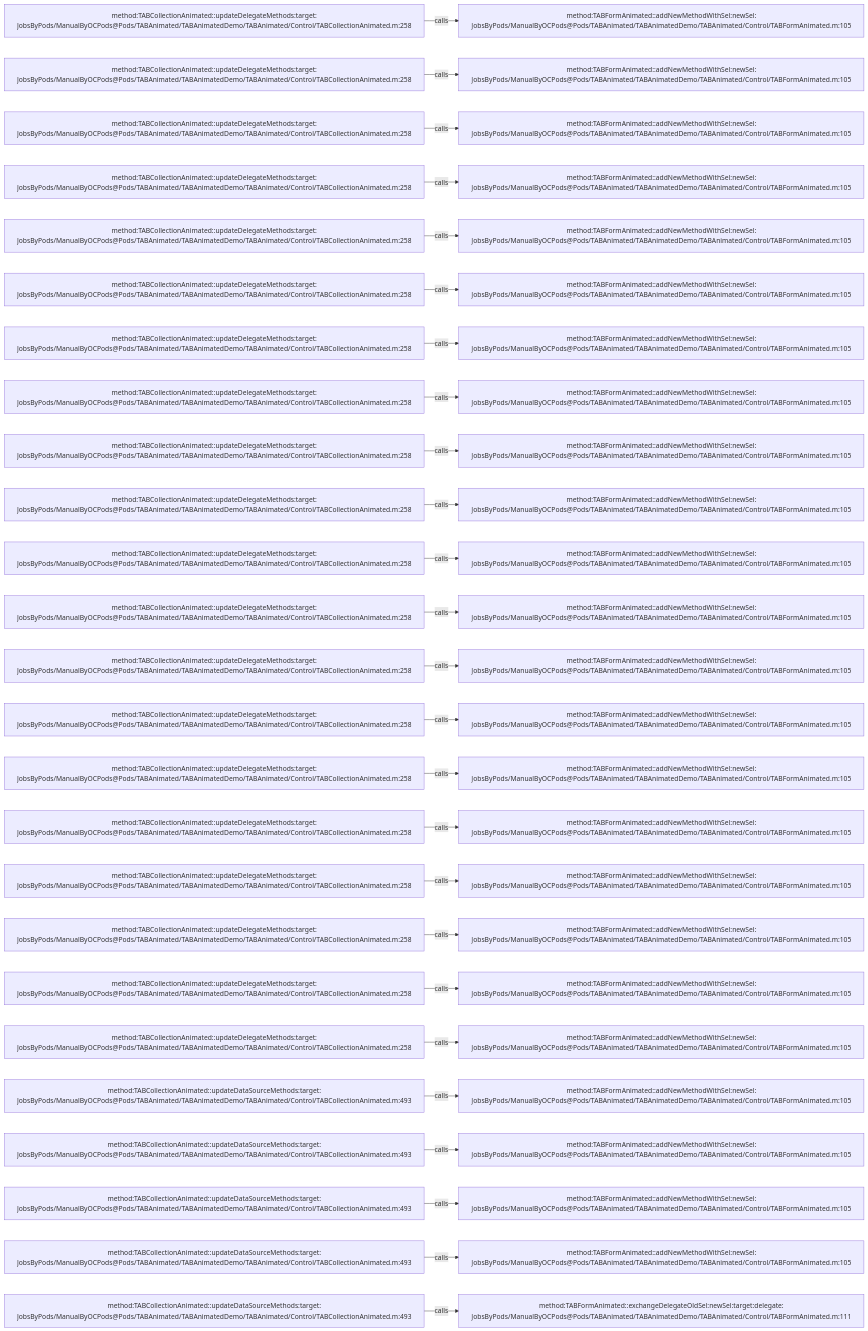
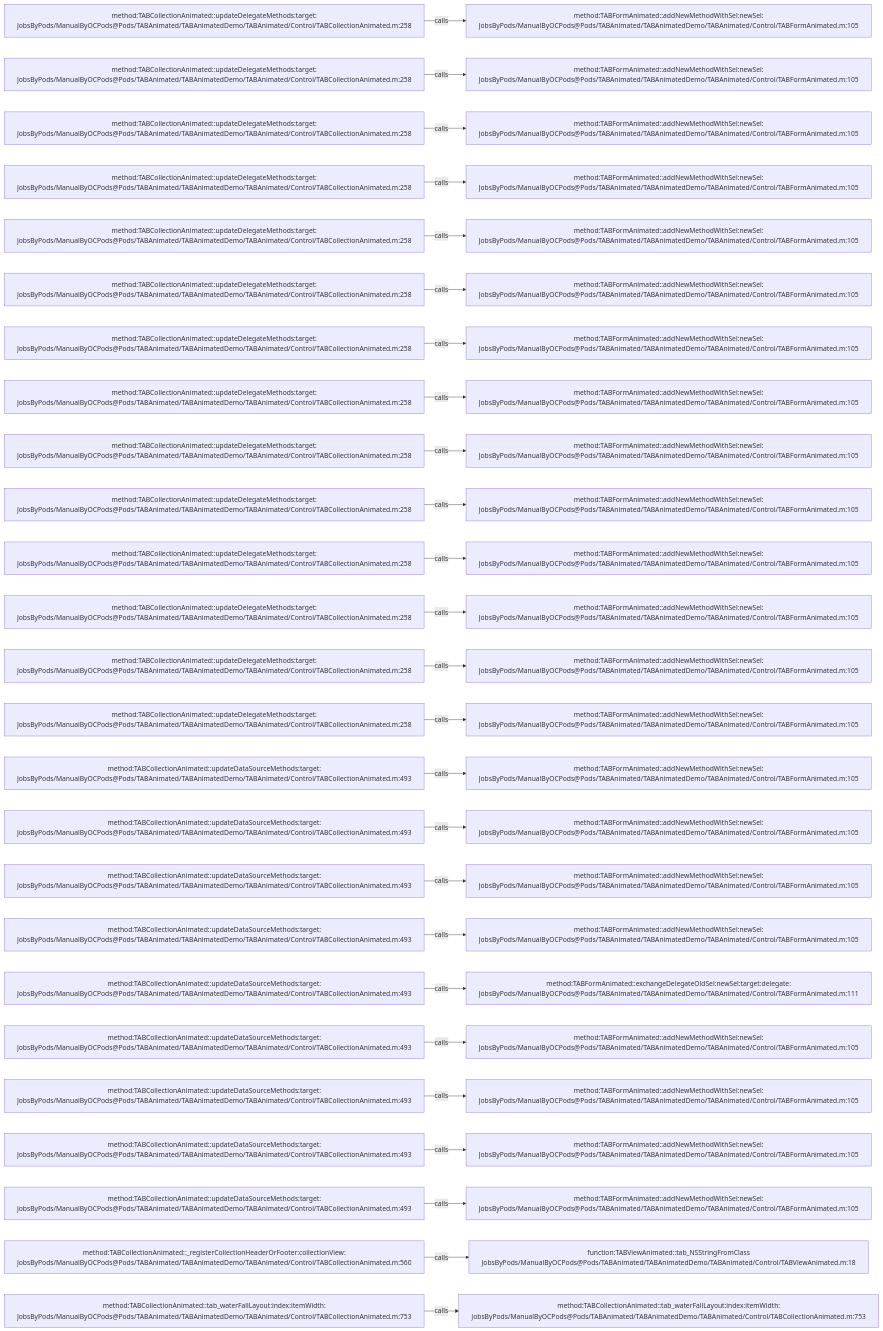
The diagram in .codegraph/codegraph.md/graphs/calls-015.md (JobsKits/JobsOCBaseConfigDemo), drawn with Mermaid before and after one commit. The commit also changed 666 other files, not shown here.

````diff
--- a/.codegraph/codegraph.md/graphs/calls-015.md
+++ b/.codegraph/codegraph.md/graphs/calls-015.md
@@ -13,78 +13,78 @@
 ```mermaid
 flowchart LR
   S1["method:TABCollectionAnimated::updateDelegateMethods:target:<br/>JobsByPods/ManualByOCPods@Pods/TABAnimated/TABAnimatedDemo/TABAnimated/Control/TABCollectionAnimated.m:258"]
   T1["method:TABFormAnimated::addNewMethodWithSel:newSel:<br/>JobsByPods/ManualByOCPods@Pods/TABAnimated/TABAnimatedDemo/TABAnimated/Control/TABFormAnimated.m:105"]
   S1 -->|calls| T1
   S2["method:TABCollectionAnimated::updateDelegateMethods:target:<br/>JobsByPods/ManualByOCPods@Pods/TABAnimated/TABAnimatedDemo/TABAnimated/Control/TABCollectionAnimated.m:258"]
   T2["method:TABFormAnimated::addNewMethodWithSel:newSel:<br/>JobsByPods/ManualByOCPods@Pods/TABAnimated/TABAnimatedDemo/TABAnimated/Control/TABFormAnimated.m:105"]
   S2 -->|calls| T2
   S3["method:TABCollectionAnimated::updateDelegateMethods:target:<br/>JobsByPods/ManualByOCPods@Pods/TABAnimated/TABAnimatedDemo/TABAnimated/Control/TABCollectionAnimated.m:258"]
   T3["method:TABFormAnimated::addNewMethodWithSel:newSel:<br/>JobsByPods/ManualByOCPods@Pods/TABAnimated/TABAnimatedDemo/TABAnimated/Control/TABFormAnimated.m:105"]
   S3 -->|calls| T3
   S4["method:TABCollectionAnimated::updateDelegateMethods:target:<br/>JobsByPods/ManualByOCPods@Pods/TABAnimated/TABAnimatedDemo/TABAnimated/Control/TABCollectionAnimated.m:258"]
   T4["method:TABFormAnimated::addNewMethodWithSel:newSel:<br/>JobsByPods/ManualByOCPods@Pods/TABAnimated/TABAnimatedDemo/TABAnimated/Control/TABFormAnimated.m:105"]
   S4 -->|calls| T4
   S5["method:TABCollectionAnimated::updateDelegateMethods:target:<br/>JobsByPods/ManualByOCPods@Pods/TABAnimated/TABAnimatedDemo/TABAnimated/Control/TABCollectionAnimated.m:258"]
   T5["method:TABFormAnimated::addNewMethodWithSel:newSel:<br/>JobsByPods/ManualByOCPods@Pods/TABAnimated/TABAnimatedDemo/TABAnimated/Control/TABFormAnimated.m:105"]
   S5 -->|calls| T5
   S6["method:TABCollectionAnimated::updateDelegateMethods:target:<br/>JobsByPods/ManualByOCPods@Pods/TABAnimated/TABAnimatedDemo/TABAnimated/Control/TABCollectionAnimated.m:258"]
   T6["method:TABFormAnimated::addNewMethodWithSel:newSel:<br/>JobsByPods/ManualByOCPods@Pods/TABAnimated/TABAnimatedDemo/TABAnimated/Control/TABFormAnimated.m:105"]
   S6 -->|calls| T6
   S7["method:TABCollectionAnimated::updateDelegateMethods:target:<br/>JobsByPods/ManualByOCPods@Pods/TABAnimated/TABAnimatedDemo/TABAnimated/Control/TABCollectionAnimated.m:258"]
   T7["method:TABFormAnimated::addNewMethodWithSel:newSel:<br/>JobsByPods/ManualByOCPods@Pods/TABAnimated/TABAnimatedDemo/TABAnimated/Control/TABFormAnimated.m:105"]
   S7 -->|calls| T7
   S8["method:TABCollectionAnimated::updateDelegateMethods:target:<br/>JobsByPods/ManualByOCPods@Pods/TABAnimated/TABAnimatedDemo/TABAnimated/Control/TABCollectionAnimated.m:258"]
   T8["method:TABFormAnimated::addNewMethodWithSel:newSel:<br/>JobsByPods/ManualByOCPods@Pods/TABAnimated/TABAnimatedDemo/TABAnimated/Control/TABFormAnimated.m:105"]
   S8 -->|calls| T8
   S9["method:TABCollectionAnimated::updateDelegateMethods:target:<br/>JobsByPods/ManualByOCPods@Pods/TABAnimated/TABAnimatedDemo/TABAnimated/Control/TABCollectionAnimated.m:258"]
   T9["method:TABFormAnimated::addNewMethodWithSel:newSel:<br/>JobsByPods/ManualByOCPods@Pods/TABAnimated/TABAnimatedDemo/TABAnimated/Control/TABFormAnimated.m:105"]
   S9 -->|calls| T9
   S10["method:TABCollectionAnimated::updateDelegateMethods:target:<br/>JobsByPods/ManualByOCPods@Pods/TABAnimated/TABAnimatedDemo/TABAnimated/Control/TABCollectionAnimated.m:258"]
   T10["method:TABFormAnimated::addNewMethodWithSel:newSel:<br/>JobsByPods/ManualByOCPods@Pods/TABAnimated/TABAnimatedDemo/TABAnimated/Control/TABFormAnimated.m:105"]
   S10 -->|calls| T10
   S11["method:TABCollectionAnimated::updateDelegateMethods:target:<br/>JobsByPods/ManualByOCPods@Pods/TABAnimated/TABAnimatedDemo/TABAnimated/Control/TABCollectionAnimated.m:258"]
   T11["method:TABFormAnimated::addNewMethodWithSel:newSel:<br/>JobsByPods/ManualByOCPods@Pods/TABAnimated/TABAnimatedDemo/TABAnimated/Control/TABFormAnimated.m:105"]
   S11 -->|calls| T11
   S12["method:TABCollectionAnimated::updateDelegateMethods:target:<br/>JobsByPods/ManualByOCPods@Pods/TABAnimated/TABAnimatedDemo/TABAnimated/Control/TABCollectionAnimated.m:258"]
   T12["method:TABFormAnimated::addNewMethodWithSel:newSel:<br/>JobsByPods/ManualByOCPods@Pods/TABAnimated/TABAnimatedDemo/TABAnimated/Control/TABFormAnimated.m:105"]
   S12 -->|calls| T12
   S13["method:TABCollectionAnimated::updateDelegateMethods:target:<br/>JobsByPods/ManualByOCPods@Pods/TABAnimated/TABAnimatedDemo/TABAnimated/Control/TABCollectionAnimated.m:258"]
   T13["method:TABFormAnimated::addNewMethodWithSel:newSel:<br/>JobsByPods/ManualByOCPods@Pods/TABAnimated/TABAnimatedDemo/TABAnimated/Control/TABFormAnimated.m:105"]
   S13 -->|calls| T13
   S14["method:TABCollectionAnimated::updateDelegateMethods:target:<br/>JobsByPods/ManualByOCPods@Pods/TABAnimated/TABAnimatedDemo/TABAnimated/Control/TABCollectionAnimated.m:258"]
   T14["method:TABFormAnimated::addNewMethodWithSel:newSel:<br/>JobsByPods/ManualByOCPods@Pods/TABAnimated/TABAnimatedDemo/TABAnimated/Control/TABFormAnimated.m:105"]
   S14 -->|calls| T14
-  S15["method:TABCollectionAnimated::updateDelegateMethods:target:<br/>JobsByPods/ManualByOCPods@Pods/TABAnimated/TABAnimatedDemo/TABAnimated/Control/TABCollectionAnimated.m:258"]
+  S15["method:TABCollectionAnimated::updateDataSourceMethods:target:<br/>JobsByPods/ManualByOCPods@Pods/TABAnimated/TABAnimatedDemo/TABAnimated/Control/TABCollectionAnimated.m:493"]
   T15["method:TABFormAnimated::addNewMethodWithSel:newSel:<br/>JobsByPods/ManualByOCPods@Pods/TABAnimated/TABAnimatedDemo/TABAnimated/Control/TABFormAnimated.m:105"]
   S15 -->|calls| T15
-  S16["method:TABCollectionAnimated::updateDelegateMethods:target:<br/>JobsByPods/ManualByOCPods@Pods/TABAnimated/TABAnimatedDemo/TABAnimated/Control/TABCollectionAnimated.m:258"]
+  S16["method:TABCollectionAnimated::updateDataSourceMethods:target:<br/>JobsByPods/ManualByOCPods@Pods/TABAnimated/TABAnimatedDemo/TABAnimated/Control/TABCollectionAnimated.m:493"]
   T16["method:TABFormAnimated::addNewMethodWithSel:newSel:<br/>JobsByPods/ManualByOCPods@Pods/TABAnimated/TABAnimatedDemo/TABAnimated/Control/TABFormAnimated.m:105"]
   S16 -->|calls| T16
-  S17["method:TABCollectionAnimated::updateDelegateMethods:target:<br/>JobsByPods/ManualByOCPods@Pods/TABAnimated/TABAnimatedDemo/TABAnimated/Control/TABCollectionAnimated.m:258"]
+  S17["method:TABCollectionAnimated::updateDataSourceMethods:target:<br/>JobsByPods/ManualByOCPods@Pods/TABAnimated/TABAnimatedDemo/TABAnimated/Control/TABCollectionAnimated.m:493"]
   T17["method:TABFormAnimated::addNewMethodWithSel:newSel:<br/>JobsByPods/ManualByOCPods@Pods/TABAnimated/TABAnimatedDemo/TABAnimated/Control/TABFormAnimated.m:105"]
   S17 -->|calls| T17
-  S18["method:TABCollectionAnimated::updateDelegateMethods:target:<br/>JobsByPods/ManualByOCPods@Pods/TABAnimated/TABAnimatedDemo/TABAnimated/Control/TABCollectionAnimated.m:258"]
+  S18["method:TABCollectionAnimated::updateDataSourceMethods:target:<br/>JobsByPods/ManualByOCPods@Pods/TABAnimated/TABAnimatedDemo/TABAnimated/Control/TABCollectionAnimated.m:493"]
   T18["method:TABFormAnimated::addNewMethodWithSel:newSel:<br/>JobsByPods/ManualByOCPods@Pods/TABAnimated/TABAnimatedDemo/TABAnimated/Control/TABFormAnimated.m:105"]
   S18 -->|calls| T18
-  S19["method:TABCollectionAnimated::updateDelegateMethods:target:<br/>JobsByPods/ManualByOCPods@Pods/TABAnimated/TABAnimatedDemo/TABAnimated/Control/TABCollectionAnimated.m:258"]
-  T19["method:TABFormAnimated::addNewMethodWithSel:newSel:<br/>JobsByPods/ManualByOCPods@Pods/TABAnimated/TABAnimatedDemo/TABAnimated/Control/TABFormAnimated.m:105"]
+  S19["method:TABCollectionAnimated::updateDataSourceMethods:target:<br/>JobsByPods/ManualByOCPods@Pods/TABAnimated/TABAnimatedDemo/TABAnimated/Control/TABCollectionAnimated.m:493"]
+  T19["method:TABFormAnimated::exchangeDelegateOldSel:newSel:target:delegate:<br/>JobsByPods/ManualByOCPods@Pods/TABAnimated/TABAnimatedDemo/TABAnimated/Control/TABFormAnimated.m:111"]
   S19 -->|calls| T19
-  S20["method:TABCollectionAnimated::updateDelegateMethods:target:<br/>JobsByPods/ManualByOCPods@Pods/TABAnimated/TABAnimatedDemo/TABAnimated/Control/TABCollectionAnimated.m:258"]
+  S20["method:TABCollectionAnimated::updateDataSourceMethods:target:<br/>JobsByPods/ManualByOCPods@Pods/TABAnimated/TABAnimatedDemo/TABAnimated/Control/TABCollectionAnimated.m:493"]
   T20["method:TABFormAnimated::addNewMethodWithSel:newSel:<br/>JobsByPods/ManualByOCPods@Pods/TABAnimated/TABAnimatedDemo/TABAnimated/Control/TABFormAnimated.m:105"]
   S20 -->|calls| T20
   S21["method:TABCollectionAnimated::updateDataSourceMethods:target:<br/>JobsByPods/ManualByOCPods@Pods/TABAnimated/TABAnimatedDemo/TABAnimated/Control/TABCollectionAnimated.m:493"]
   T21["method:TABFormAnimated::addNewMethodWithSel:newSel:<br/>JobsByPods/ManualByOCPods@Pods/TABAnimated/TABAnimatedDemo/TABAnimated/Control/TABFormAnimated.m:105"]
   S21 -->|calls| T21
   S22["method:TABCollectionAnimated::updateDataSourceMethods:target:<br/>JobsByPods/ManualByOCPods@Pods/TABAnimated/TABAnimatedDemo/TABAnimated/Control/TABCollectionAnimated.m:493"]
   T22["method:TABFormAnimated::addNewMethodWithSel:newSel:<br/>JobsByPods/ManualByOCPods@Pods/TABAnimated/TABAnimatedDemo/TABAnimated/Control/TABFormAnimated.m:105"]
   S22 -->|calls| T22
   S23["method:TABCollectionAnimated::updateDataSourceMethods:target:<br/>JobsByPods/ManualByOCPods@Pods/TABAnimated/TABAnimatedDemo/TABAnimated/Control/TABCollectionAnimated.m:493"]
   T23["method:TABFormAnimated::addNewMethodWithSel:newSel:<br/>JobsByPods/ManualByOCPods@Pods/TABAnimated/TABAnimatedDemo/TABAnimated/Control/TABFormAnimated.m:105"]
   S23 -->|calls| T23
-  S24["method:TABCollectionAnimated::updateDataSourceMethods:target:<br/>JobsByPods/ManualByOCPods@Pods/TABAnimated/TABAnimatedDemo/TABAnimated/Control/TABCollectionAnimated.m:493"]
-  T24["method:TABFormAnimated::addNewMethodWithSel:newSel:<br/>JobsByPods/ManualByOCPods@Pods/TABAnimated/TABAnimatedDemo/TABAnimated/Control/TABFormAnimated.m:105"]
+  S24["method:TABCollectionAnimated::_registerCollectionHeaderOrFooter:collectionView:<br/>JobsByPods/ManualByOCPods@Pods/TABAnimated/TABAnimatedDemo/TABAnimated/Control/TABCollectionAnimated.m:560"]
+  T24["function:TABViewAnimated::tab_NSStringFromClass<br/>JobsByPods/ManualByOCPods@Pods/TABAnimated/TABAnimatedDemo/TABAnimated/Control/TABViewAnimated.m:18"]
   S24 -->|calls| T24
-  S25["method:TABCollectionAnimated::updateDataSourceMethods:target:<br/>JobsByPods/ManualByOCPods@Pods/TABAnimated/TABAnimatedDemo/TABAnimated/Control/TABCollectionAnimated.m:493"]
-  T25["method:TABFormAnimated::exchangeDelegateOldSel:newSel:target:delegate:<br/>JobsByPods/ManualByOCPods@Pods/TABAnimated/TABAnimatedDemo/TABAnimated/Control/TABFormAnimated.m:111"]
+  S25["method:TABCollectionAnimated::tab_waterFallLayout:index:itemWidth:<br/>JobsByPods/ManualByOCPods@Pods/TABAnimated/TABAnimatedDemo/TABAnimated/Control/TABCollectionAnimated.m:753"]
+  T25["method:TABCollectionAnimated::tab_waterFallLayout:index:itemWidth:<br/>JobsByPods/ManualByOCPods@Pods/TABAnimated/TABAnimatedDemo/TABAnimated/Control/TABCollectionAnimated.m:753"]
   S25 -->|calls| T25
 ```
````
